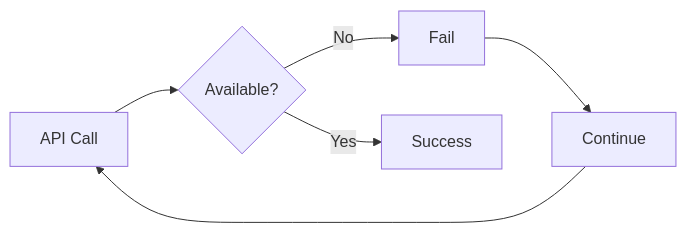
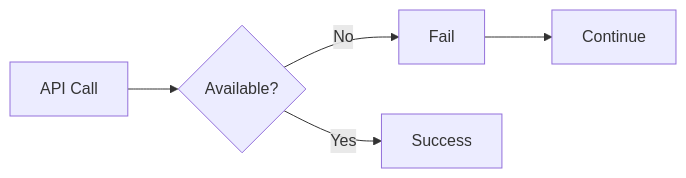
The first of 5 diagrams in examples/api_pipeline/20_reconnection/README.md (wisrovi/wpipe), drawn with Mermaid before and after one commit. The commit also changed other lines of this file and 20 other files, not shown here.

First line of the commit message:
Simplify Mermaid diagrams for better rendering

````diff
--- a/examples/api_pipeline/20_reconnection/README.md
+++ b/examples/api_pipeline/20_reconnection/README.md
@@ -15,8 +15,7 @@
 ```mermaid
 graph LR
     A[API Call] --> B{Available?}
     B -->|No| C[Fail]
     C --> D[Continue]
     B -->|Yes| E[Success]
-    D --> A
 ```
````
